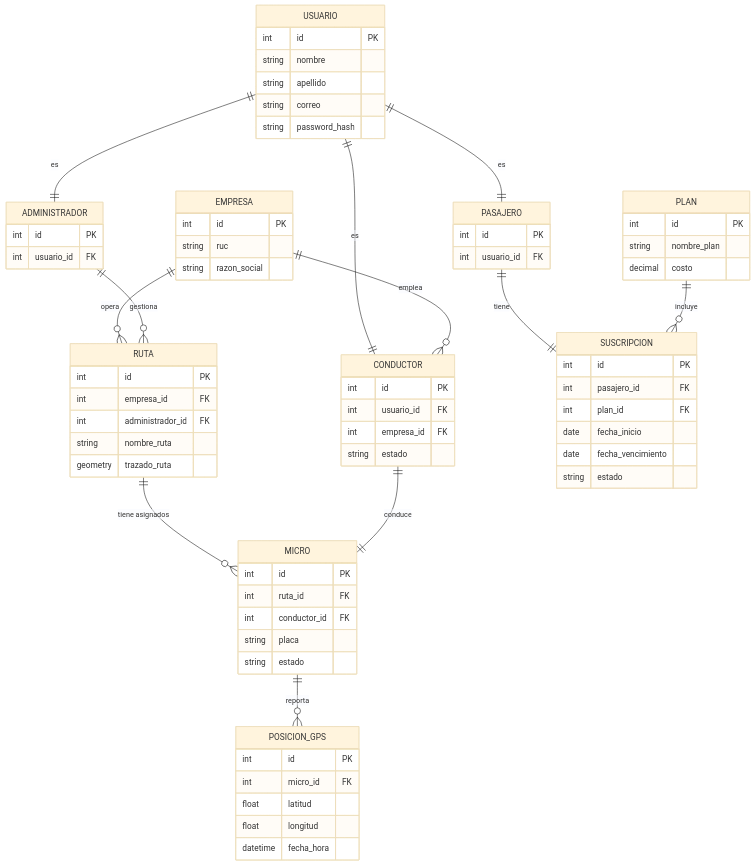
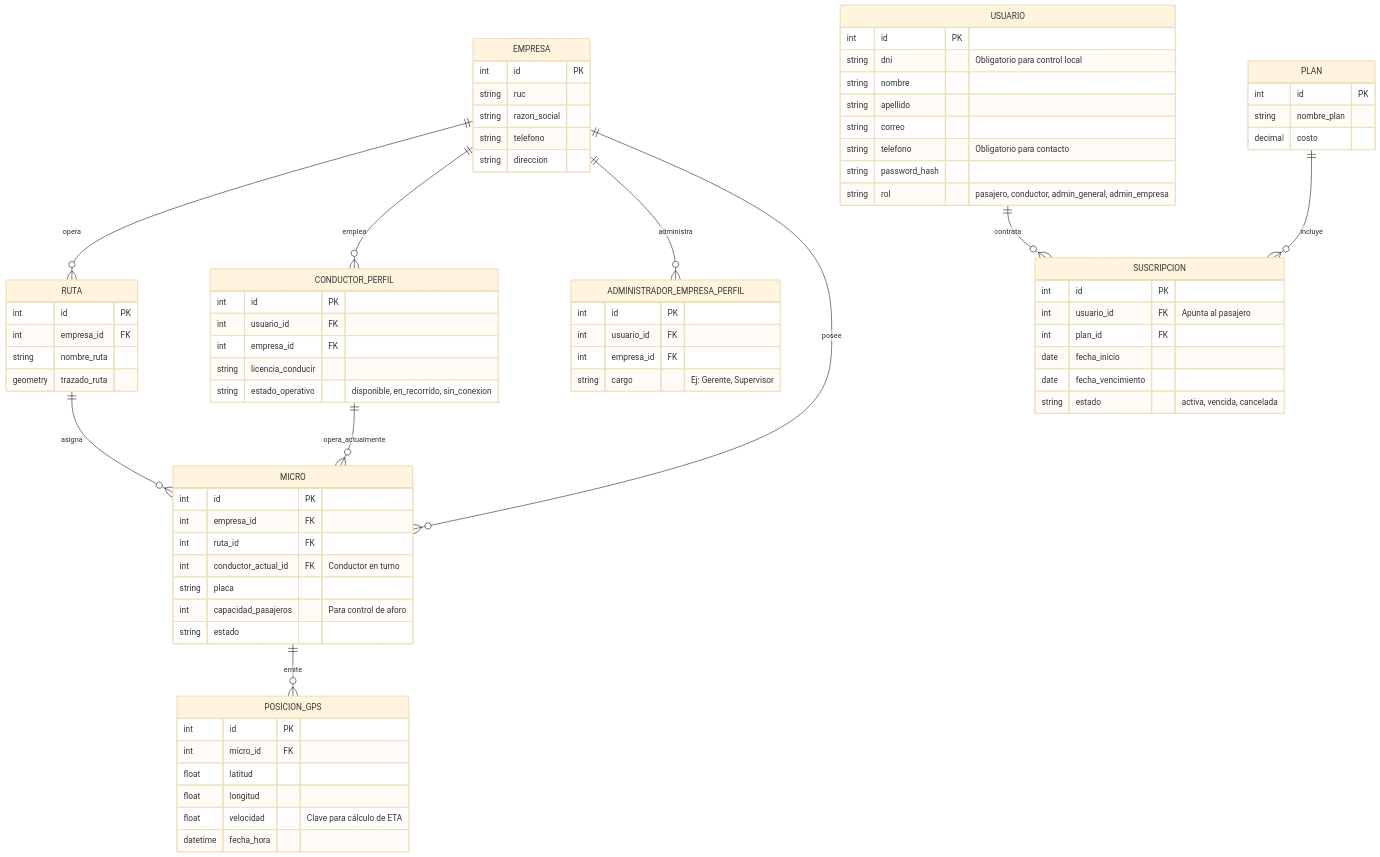
Before and after one commit to tuChaski/go-tacna-docs: the diagram in diagramas/fuente/modelo-entidad-relacion.mmd, drawn with Mermaid (base theme). The commit also changed 3 other files, not shown here.

Commit message:
docs(diagramas): actualizar modelo ER y agregar diagramas v2

```diff
--- a/diagramas/fuente/modelo-entidad-relacion.mmd
+++ b/diagramas/fuente/modelo-entidad-relacion.mmd
@@ -1,78 +1,77 @@
-%% Modelo Entidad-Relación Completo
-%% Estado: En revisión
-%% Responsable: David Montador
-%% Relacionado: T008
-
 erDiagram
     USUARIO {
         int id PK
+        string dni "Obligatorio para control local"
         string nombre
         string apellido
         string correo
+        string telefono "Obligatorio para contacto"
         string password_hash
-    }
-    PASAJERO {
-        int id PK
-        int usuario_id FK
-    }
-    CONDUCTOR {
-        int id PK
-        int usuario_id FK
-        int empresa_id FK
-        string estado
-    }
-    ADMINISTRADOR {
-        int id PK
-        int usuario_id FK
+        string rol "pasajero, conductor, admin_general, admin_empresa"
     }
     EMPRESA {
         int id PK
         string ruc
         string razon_social
+        string telefono
+        string direccion
+    }
+    ADMINISTRADOR_EMPRESA_PERFIL {
+        int id PK
+        int usuario_id FK
+        int empresa_id FK
+        string cargo "Ej: Gerente, Supervisor"
+    }
+    CONDUCTOR_PERFIL {
+        int id PK
+        int usuario_id FK
+        int empresa_id FK
+        string licencia_conducir
+        string estado_operativo "disponible, en_recorrido, sin_conexion"
     }
     RUTA {
         int id PK
         int empresa_id FK
-        int administrador_id FK
         string nombre_ruta
         geometry trazado_ruta
     }
     MICRO {
         int id PK
+        int empresa_id FK
         int ruta_id FK
-        int conductor_id FK
+        int conductor_actual_id FK "Conductor en turno"
         string placa
+        int capacidad_pasajeros "Para control de aforo"
         string estado
     }
     POSICION_GPS {
         int id PK
         int micro_id FK
         float latitud
         float longitud
+        float velocidad "Clave para cálculo de ETA"
         datetime fecha_hora
     }
     PLAN {
         int id PK
         string nombre_plan
         decimal costo
     }
     SUSCRIPCION {
         int id PK
-        int pasajero_id FK
+        int usuario_id FK "Apunta al pasajero"
         int plan_id FK
         date fecha_inicio
         date fecha_vencimiento
-        string estado
+        string estado "activa, vencida, cancelada"
     }
 
-    USUARIO ||--|| PASAJERO : "es"
-    USUARIO ||--|| CONDUCTOR : "es"
-    USUARIO ||--|| ADMINISTRADOR : "es"
     EMPRESA ||--o{ RUTA : "opera"
-    ADMINISTRADOR ||--o{ RUTA : "gestiona"
-    RUTA ||--o{ MICRO : "tiene asignados"
-    EMPRESA ||--o{ CONDUCTOR : "emplea"
-    CONDUCTOR ||--|| MICRO : "conduce"
-    MICRO ||--o{ POSICION_GPS : "reporta"
-    PASAJERO ||--|| SUSCRIPCION : "tiene"
+    EMPRESA ||--o{ CONDUCTOR_PERFIL : "emplea"
+    EMPRESA ||--o{ ADMINISTRADOR_EMPRESA_PERFIL : "administra"
+    EMPRESA ||--o{ MICRO : "posee"
+    RUTA ||--o{ MICRO : "asigna"
+    CONDUCTOR_PERFIL ||--o{ MICRO : "opera_actualmente"
+    MICRO ||--o{ POSICION_GPS : "emite"
+    USUARIO ||--o{ SUSCRIPCION : "contrata"
     PLAN ||--o{ SUSCRIPCION : "incluye"
```
